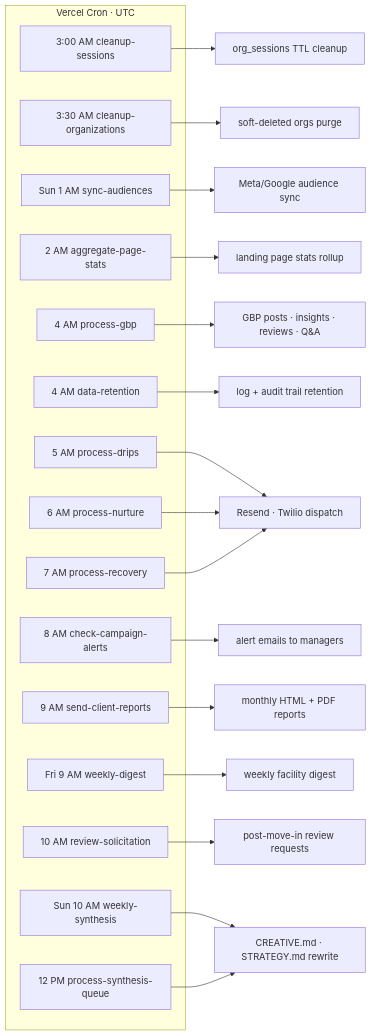
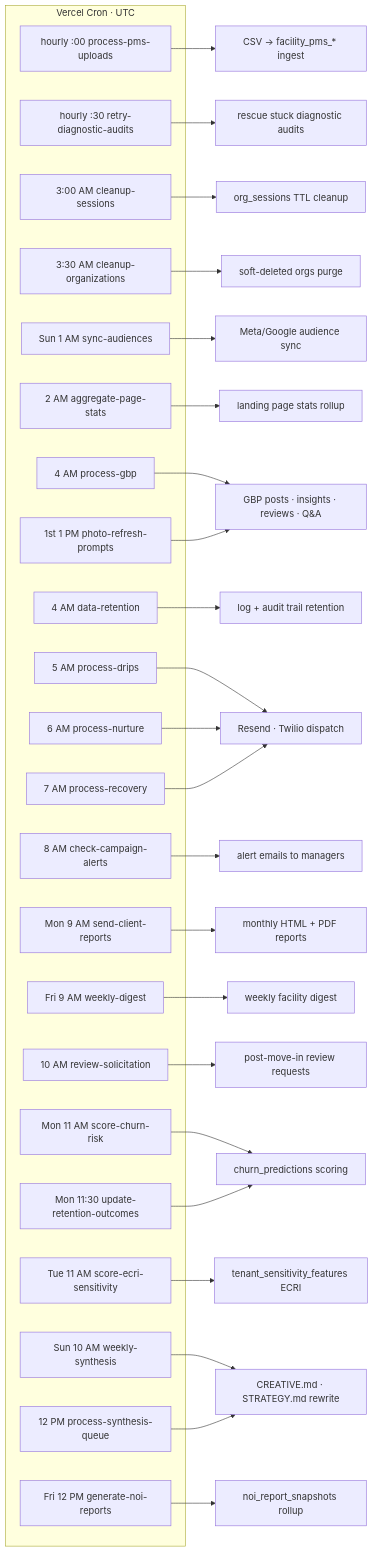
One commit to conceptsdeveloped/stowstack-next changed the tenth of 11 diagrams in docs/ARCHITECTURE_MAP.md. Above: the diagram before and after it, drawn with Mermaid. The commit also changed other lines of this file and 4 other files, not shown here.

First line of the commit message:
docs(architecture): fix counts + complete the cron schedule

````diff
--- a/docs/ARCHITECTURE_MAP.md
+++ b/docs/ARCHITECTURE_MAP.md
@@ -589,36 +589,50 @@
 ```mermaid
 flowchart LR
   subgraph sched[Vercel Cron · UTC]
+    S16[hourly :00 process-pms-uploads]
+    S17[hourly :30 retry-diagnostic-audits]
     S1[3:00 AM cleanup-sessions]
     S2[3:30 AM cleanup-organizations]
     S3[Sun 1 AM sync-audiences]
     S4[2 AM aggregate-page-stats]
     S5[4 AM process-gbp]
     S6[4 AM data-retention]
     S7[5 AM process-drips]
     S8[6 AM process-nurture]
     S9[7 AM process-recovery]
     S10[8 AM check-campaign-alerts]
-    S11[9 AM send-client-reports]
+    S11[Mon 9 AM send-client-reports]
     S12[Fri 9 AM weekly-digest]
     S13[10 AM review-solicitation]
+    S18[Mon 11 AM score-churn-risk]
+    S19[Mon 11:30 update-retention-outcomes]
+    S20[Tue 11 AM score-ecri-sensitivity]
     S14[Sun 10 AM weekly-synthesis]
     S15[12 PM process-synthesis-queue]
+    S21[Fri 12 PM generate-noi-reports]
+    S22[1st 1 PM photo-refresh-prompts]
   end
 
+  S16 --> T13[CSV → facility_pms_* ingest]
+  S17 --> T14[rescue stuck diagnostic audits]
   S1 --> T1[org_sessions TTL cleanup]
   S2 --> T2[soft-deleted orgs purge]
   S3 --> T3[Meta/Google audience sync]
   S4 --> T4[landing page stats rollup]
   S5 --> T5[GBP posts · insights · reviews · Q&A]
   S6 --> T6[log + audit trail retention]
   S7 --> T7[Resend · Twilio dispatch]
   S8 --> T7
   S9 --> T7
   S10 --> T8[alert emails to managers]
   S11 --> T9[monthly HTML + PDF reports]
   S12 --> T10[weekly facility digest]
   S13 --> T11[post-move-in review requests]
+  S18 --> T15[churn_predictions scoring]
+  S19 --> T15
+  S20 --> T16[tenant_sensitivity_features ECRI]
   S14 --> T12[CREATIVE.md · STRATEGY.md rewrite]
   S15 --> T12
+  S21 --> T17[noi_report_snapshots rollup]
+  S22 --> T5
 ```
````
